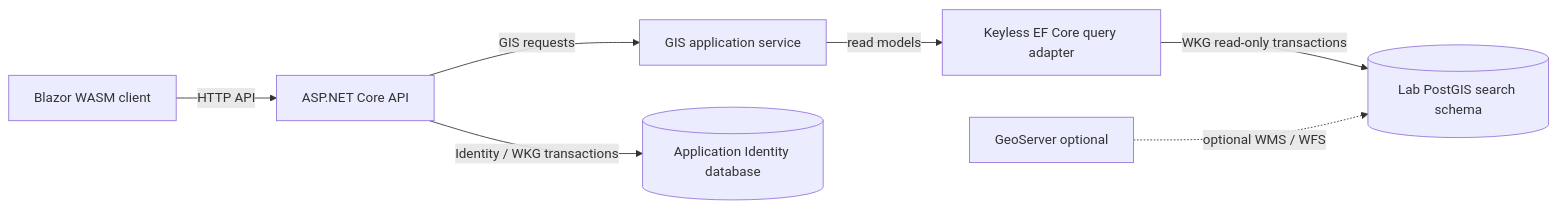
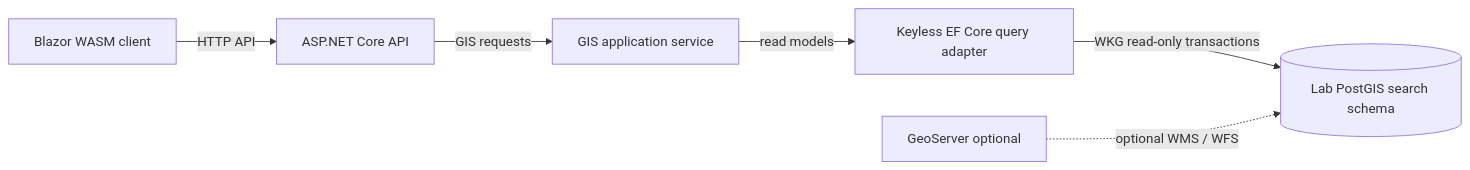
The diagram in docs/architecture.md (frederik-hoeft/min-swa-geosearch), drawn with Mermaid before and after one commit. The commit also changed other lines of this file and 88 other files, not shown here.

````diff
--- a/docs/architecture.md
+++ b/docs/architecture.md
@@ -9,16 +9,14 @@
 ```mermaid
 flowchart LR
     Browser[Blazor WASM client]
     Api[ASP.NET Core API]
     Search[GIS application service]
     Read[Keyless EF Core query adapter]
-    Identity[(Application Identity database)]
     Spatial[(Lab PostGIS search schema)]
     GeoServer[GeoServer optional]
     Browser -->|HTTP API| Api
     Api -->|GIS requests| Search
     Search -->|read models| Read
     Read -->|WKG read-only transactions| Spatial
-    Api -->|Identity / WKG transactions| Identity
     GeoServer -.->|optional WMS / WFS| Spatial
 ```
````
